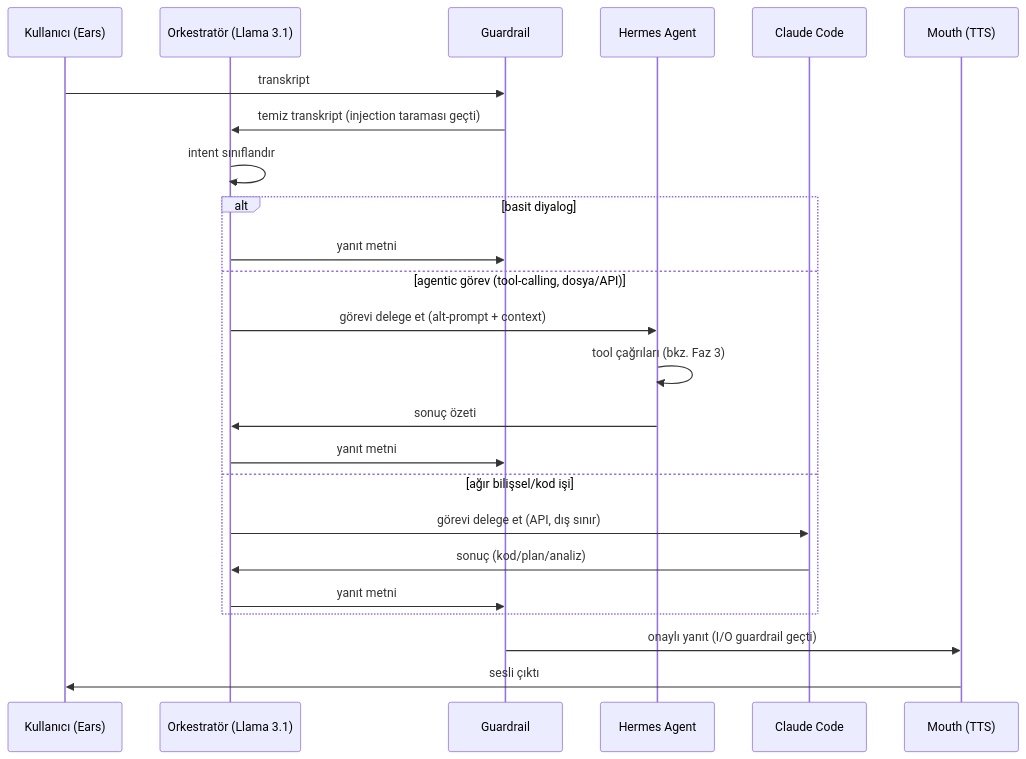
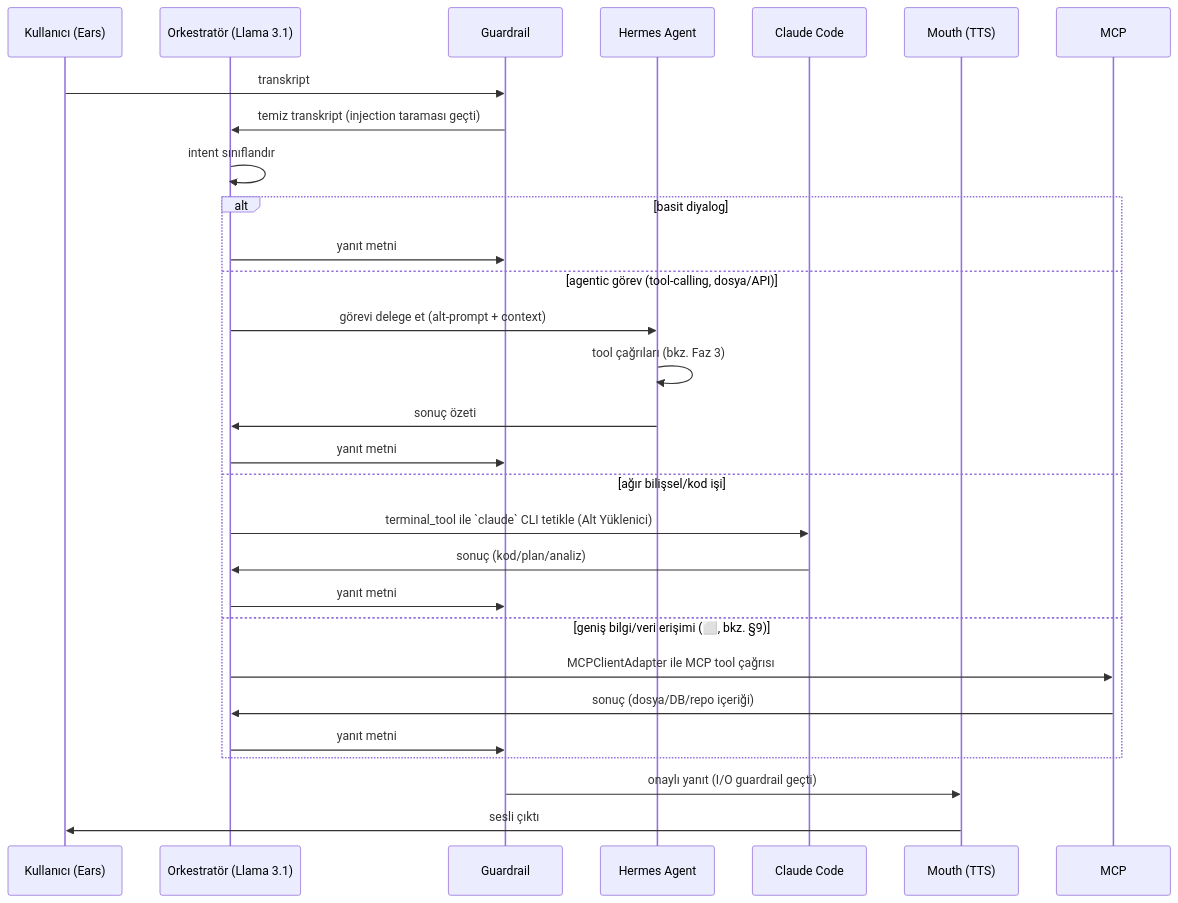
The fourth of 6 diagrams in docs/ARCHITECTURE.md (MrVoidK/jarvis_project), drawn with Mermaid before and after one commit. The commit also changed other lines of this file and 2 other files, not shown here.

First line of the commit message:
docs: Hibrit MCP vizyonunu ARCHITECTURE.md ve ROADMAP.md'ye ekle

````diff
--- a/docs/ARCHITECTURE.md
+++ b/docs/ARCHITECTURE.md
@@ -145,27 +175,31 @@
 ```mermaid
 sequenceDiagram
     participant U as Kullanıcı (Ears)
     participant O as Orkestratör (Llama 3.1)
     participant G as Guardrail
     participant H as Hermes Agent
     participant C as Claude Code
     participant M as Mouth (TTS)
 
     U->>G: transkript
     G->>O: temiz transkript (injection taraması geçti)
     O->>O: intent sınıflandır
     alt basit diyalog
         O->>G: yanıt metni
     else agentic görev (tool-calling, dosya/API)
         O->>H: görevi delege et (alt-prompt + context)
         H->>H: tool çağrıları (bkz. Faz 3)
         H->>O: sonuç özeti
         O->>G: yanıt metni
     else ağır bilişsel/kod işi
-        O->>C: görevi delege et (API, dış sınır)
+        O->>C: terminal_tool ile `claude` CLI tetikle (Alt Yüklenici)
         C->>O: sonuç (kod/plan/analiz)
+        O->>G: yanıt metni
+    else geniş bilgi/veri erişimi (⬜, bkz. §9)
+        O->>MCP: MCPClientAdapter ile MCP tool çağrısı
+        MCP->>O: sonuç (dosya/DB/repo içeriği)
         O->>G: yanıt metni
     end
     G->>M: onaylı yanıt (I/O guardrail geçti)
     M->>U: sesli çıktı
 ```
````
